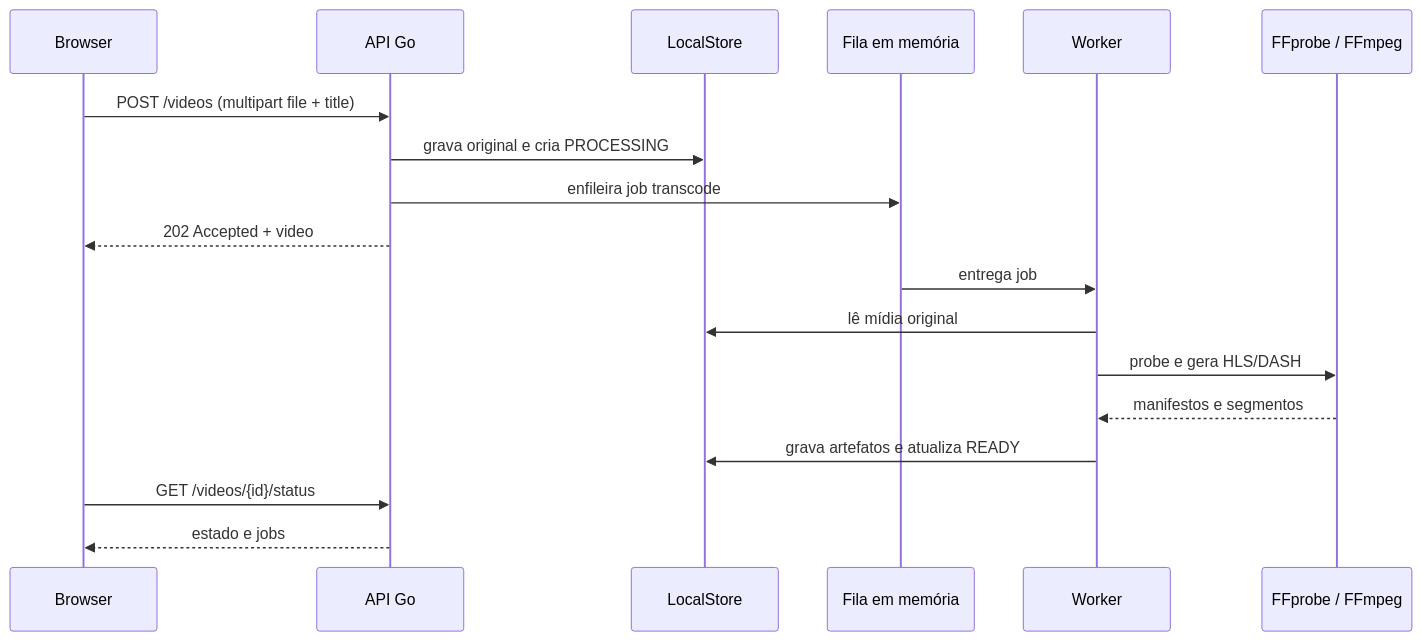
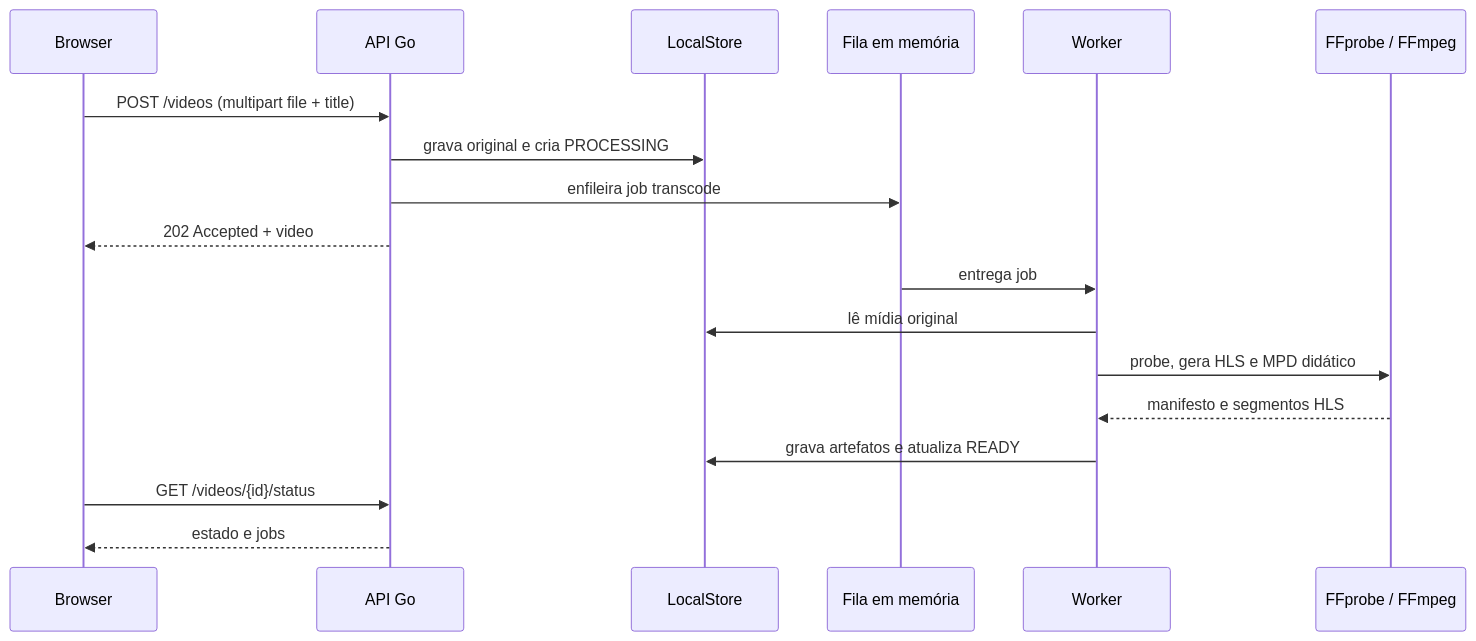
One commit to gabriel-roque/streamlab changed the second of 3 diagrams in README.md. Above: the diagram before and after it, drawn with Mermaid. The commit also changed other lines of this file and 6 other files, not shown here.

````diff
--- a/README.md
+++ b/README.md
@@ -338,21 +496,21 @@
 ```mermaid
 sequenceDiagram
   participant B as Browser
   participant A as API Go
   participant S as LocalStore
   participant Q as Fila em memória
   participant W as Worker
   participant F as FFprobe / FFmpeg
 
   B->>A: POST /videos (multipart file + title)
   A->>S: grava original e cria PROCESSING
   A->>Q: enfileira job transcode
   A-->>B: 202 Accepted + video
   Q->>W: entrega job
   W->>S: lê mídia original
-  W->>F: probe e gera HLS/DASH
-  F-->>W: manifestos e segmentos
+  W->>F: probe, gera HLS e MPD didático
+  F-->>W: manifesto e segmentos HLS
   W->>S: grava artefatos e atualiza READY
   B->>A: GET /videos/{id}/status
   A-->>B: estado e jobs
 ```
````
